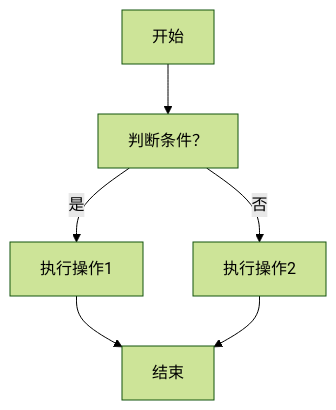
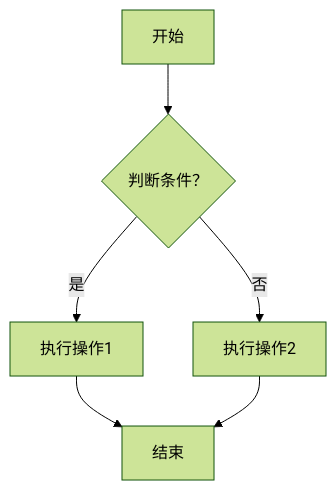
The second of 7 diagrams in _posts/2024-12-14-gesp-2-exam-syllabus-flow-chart.md (lihongzheshuai/lihongzheshuai.github.io), drawn with Mermaid (forest theme) before and after one commit. The commit also changed other lines of this file and 1 other file, not shown here.

````diff
--- a/_posts/2024-12-14-gesp-2-exam-syllabus-flow-chart.md
+++ b/_posts/2024-12-14-gesp-2-exam-syllabus-flow-chart.md
@@ -74,8 +74,8 @@
 ```mermaid
 graph TD
-    A[开始] --> B[判断条件？]
+    A[开始] --> B{判断条件？}
     B -- 是 --> C[执行操作1]
     B -- 否 --> D[执行操作2]
     C --> E[结束]
     D --> E
 ```
````
